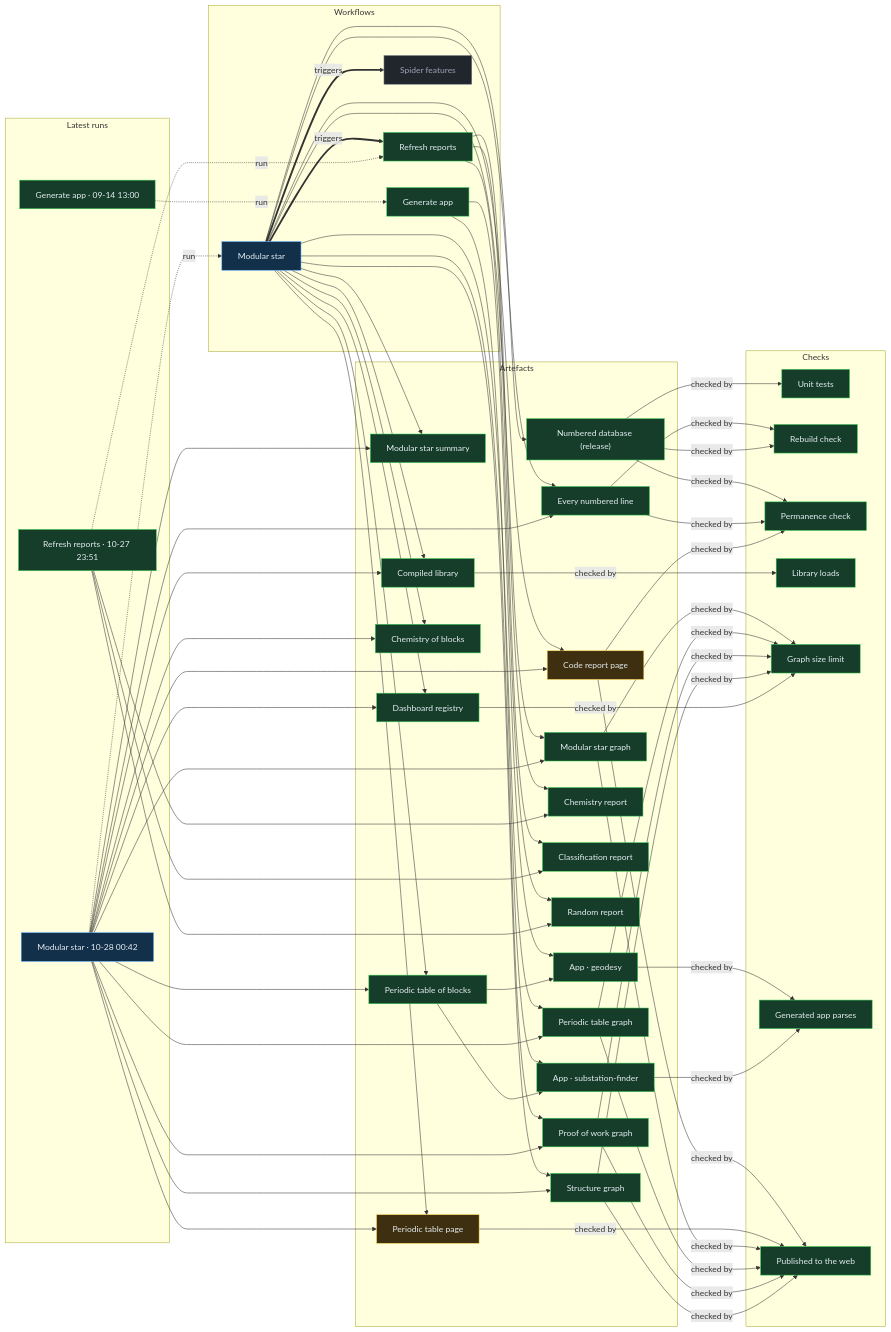
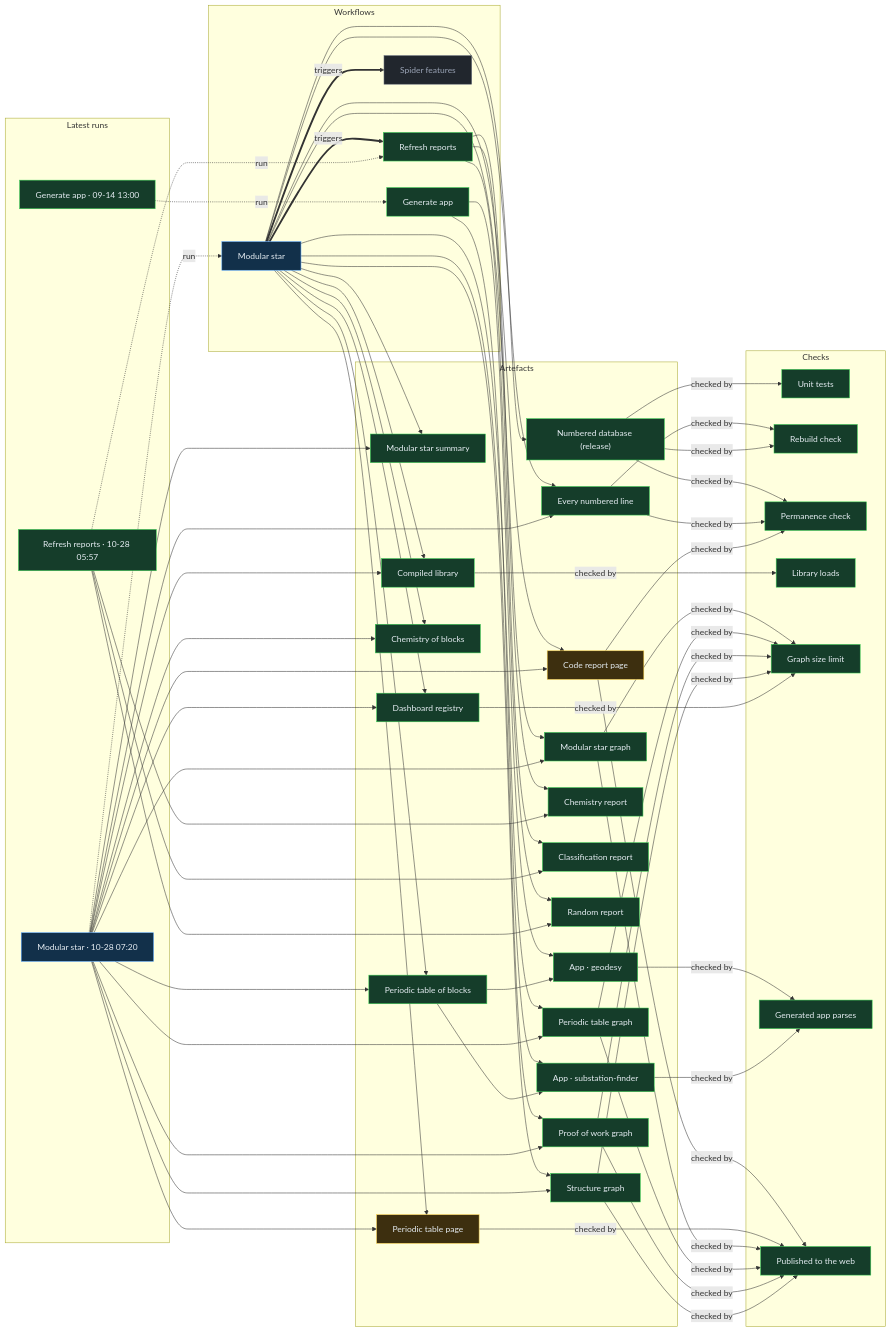
The diagram in proof/PROOF.md (Ventusltd/stars), drawn with Mermaid before and after one commit. The commit also changed other lines of this file and 58 other files, not shown here.

Commit message:
Modular star 2026-10-28T07:23Z

```diff
--- a/proof/PROOF.md
+++ b/proof/PROOF.md
@@ -24,8 +24,8 @@
   n_wf_spider_features["Spider features"]:::off
   end
   subgraph g_runs["Latest runs"]
-  n_run_40610455853["Modular star · 10-28 00:42"]:::live
-  n_run_40604987751["Refresh reports · 10-27 23:51"]:::ok
+  n_run_40649459779["Modular star · 10-28 07:20"]:::live
+  n_run_40640970673["Refresh reports · 10-28 05:57"]:::ok
   n_run_34846587798["Generate app · 09-14 13:00"]:::ok
   end
   subgraph g_artefacts["Artefacts"]
@@ -59,39 +59,39 @@
   end
   n_wf_modular_star == triggers ==> n_wf_refresh
   n_wf_modular_star == triggers ==> n_wf_spider_features
-  n_run_40610455853 -. run .-> n_wf_modular_star
-  n_run_40604987751 -. run .-> n_wf_refresh
+  n_run_40649459779 -. run .-> n_wf_modular_star
+  n_run_40640970673 -. run .-> n_wf_refresh
   n_run_34846587798 -. run .-> n_wf_generate
   n_wf_modular_star --> n_art_summary
-  n_run_40610455853 --> n_art_summary
+  n_run_40649459779 --> n_art_summary
   n_wf_modular_star --> n_art_lines
-  n_run_40610455853 --> n_art_lines
+  n_run_40649459779 --> n_art_lines
   n_wf_modular_star --> n_art_code
-  n_run_40610455853 --> n_art_code
+  n_run_40649459779 --> n_art_code
   n_wf_modular_star --> n_art_modular_graph
-  n_run_40610455853 --> n_art_modular_graph
+  n_run_40649459779 --> n_art_modular_graph
   n_wf_modular_star --> n_art_blocks
-  n_run_40610455853 --> n_art_blocks
+  n_run_40649459779 --> n_art_blocks
   n_wf_modular_star --> n_art_table
-  n_run_40610455853 --> n_art_table
+  n_run_40649459779 --> n_art_table
   n_wf_modular_star --> n_art_blocks_graph
-  n_run_40610455853 --> n_art_blocks_graph
+  n_run_40649459779 --> n_art_blocks_graph
   n_wf_modular_star --> n_art_reactions
-  n_run_40610455853 --> n_art_reactions
+  n_run_40649459779 --> n_art_reactions
   n_wf_modular_star --> n_art_library
-  n_run_40610455853 --> n_art_library
+  n_run_40649459779 --> n_art_library
   n_wf_modular_star --> n_art_features
-  n_run_40610455853 --> n_art_features
+  n_run_40649459779 --> n_art_features
   n_wf_modular_star --> n_art_proof
-  n_run_40610455853 --> n_art_proof
+  n_run_40649459779 --> n_art_proof
   n_wf_modular_star --> n_art_structure
-  n_run_40610455853 --> n_art_structure
+  n_run_40649459779 --> n_art_structure
   n_wf_refresh --> n_art_chemistry
-  n_run_40604987751 --> n_art_chemistry
+  n_run_40640970673 --> n_art_chemistry
   n_wf_refresh --> n_art_vedic
-  n_run_40604987751 --> n_art_vedic
+  n_run_40640970673 --> n_art_vedic
   n_wf_refresh --> n_art_random
-  n_run_40604987751 --> n_art_random
+  n_run_40640970673 --> n_art_random
   n_wf_modular_star --> n_art_release
   n_wf_generate --> n_app_geodesy
   n_art_blocks --> n_app_geodesy
```
